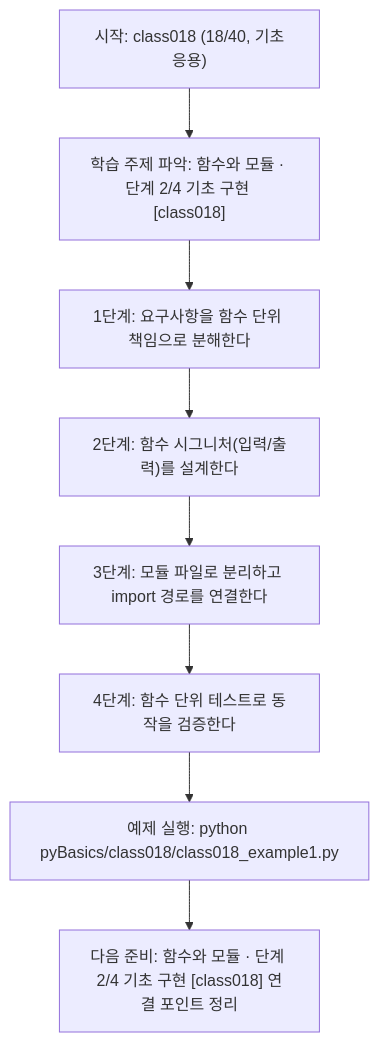
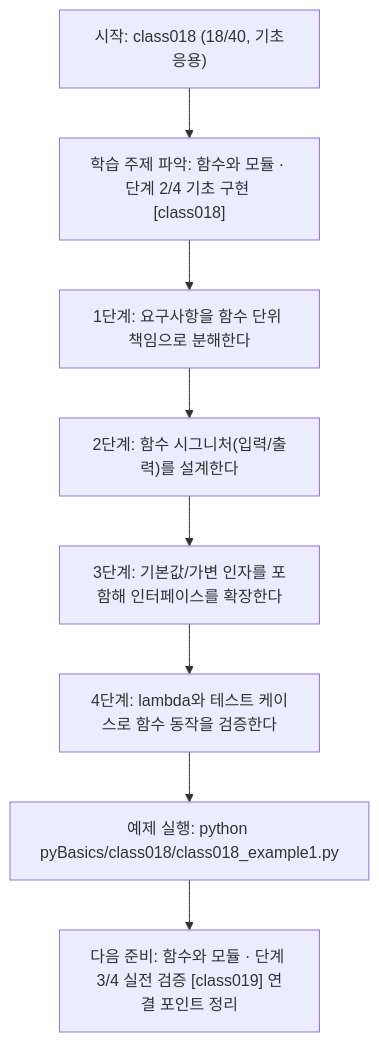
The diagram in pyBasics/class018/class018.md (edumgt/Python-AI_Agent-Class), drawn with Mermaid before and after one commit. The commit also changed other lines of this file and 2370 other files, not shown here.

````diff
--- a/pyBasics/class018/class018.md
+++ b/pyBasics/class018/class018.md
@@ -109,18 +91,18 @@
 ```mermaid
 flowchart TD
 N1["시작: class018 (18/40, 기초응용)"]
 N2["학습 주제 파악: 함수와 모듈 · 단계 2/4 기초 구현 [class018]"]
 N3["1단계: 요구사항을 함수 단위 책임으로 분해한다"]
 N4["2단계: 함수 시그니처(입력/출력)를 설계한다"]
-N5["3단계: 모듈 파일로 분리하고 import 경로를 연결한다"]
-N6["4단계: 함수 단위 테스트로 동작을 검증한다"]
+N5["3단계: 기본값/가변 인자를 포함해 인터페이스를 확장한다"]
+N6["4단계: lambda와 테스트 케이스로 함수 동작을 검증한다"]
 N7["예제 실행: python pyBasics/class018/class018_example1.py"]
-N8["다음 준비: 함수와 모듈 · 단계 2/4 기초 구현 [class018] 연결 포인트 정리"]
+N8["다음 준비: 함수와 모듈 · 단계 3/4 실전 검증 [class019] 연결 포인트 정리"]
 N1 --> N2
 N2 --> N3
 N3 --> N4
 N4 --> N5
 N5 --> N6
 N6 --> N7
 N7 --> N8
 ```
````
